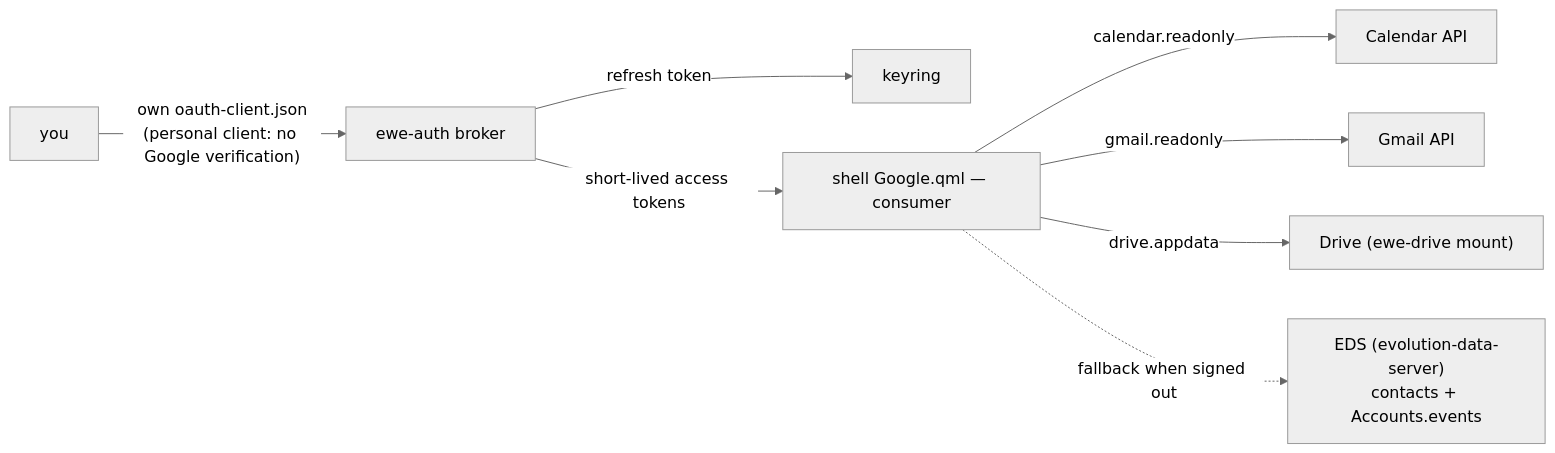
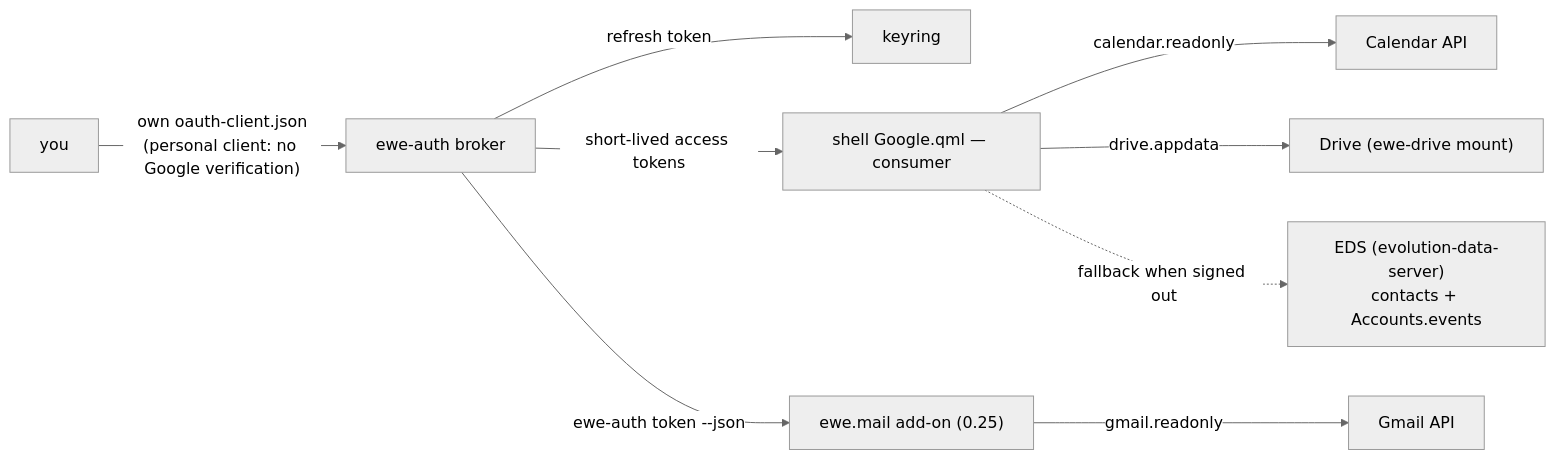
Before and after one commit to prj786/ewe-map: the diagram in 03-Components/Google Extras.md, drawn with Mermaid (neutral theme). The commit also changed other lines of this file and 12 other files, not shown here.

Commit message:
components/architecture/workflows: the 0.25 carve-out — add-ons, Shell singleton, Komble catalogue, ewe-settings add-on awareness, correct system-side install command

````diff
--- a/03-Components/Google Extras.md
+++ b/03-Components/Google Extras.md
@@ -21,10 +21,11 @@
 ```mermaid
 flowchart LR
     U["you"] -->|"own oauth-client.json<br/>(personal client: no Google verification)"| AUTH["ewe-auth broker"]
     AUTH -->|"refresh token"| KEY["keyring"]
     AUTH -->|"short-lived access tokens"| SH["shell Google.qml — consumer"]
     SH -->|"calendar.readonly"| CAL["Calendar API"]
-    SH -->|"gmail.readonly"| GMAIL["Gmail API"]
+    AUTH -->|"ewe-auth token --json"| MAIL["ewe.mail add-on (0.25)"]
+    MAIL -->|"gmail.readonly"| GMAIL["Gmail API"]
     SH -->|"drive.appdata"| DRIVE["Drive (ewe-drive mount)"]
     SH -.->|"fallback when signed out"| EDS["EDS (evolution-data-server)<br/>contacts + Accounts.events"]
 ```
````
